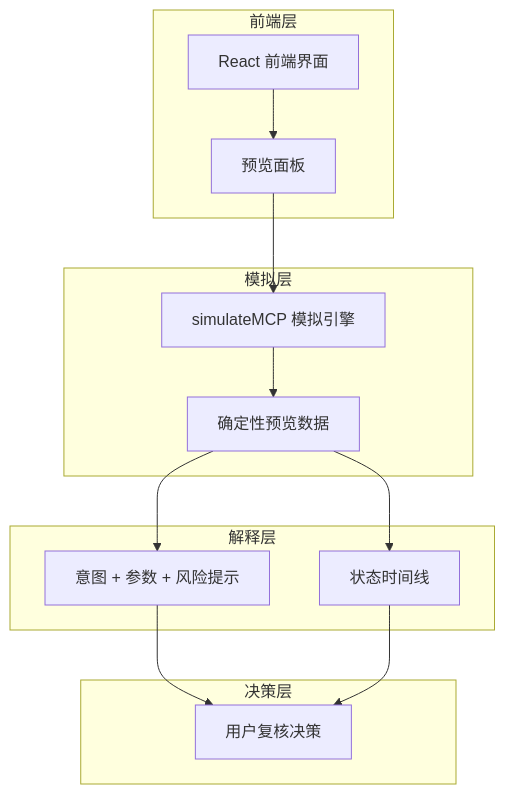
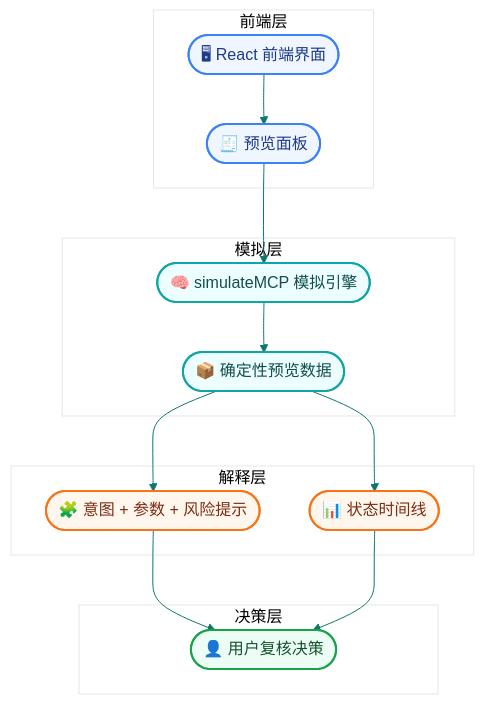
Before and after one commit to sunshineluyao/Moss-Mcp-Transaction: the eighth of 8 diagrams in README.md, drawn with Mermaid. The commit also changed other lines of this file, not shown here.

Commit message:
docs: apply cohesive visual theme to all mermaid diagrams

````diff
--- a/README.md
+++ b/README.md
@@ -530,23 +667,34 @@
 ```mermaid
+%%{init: {'theme':'base','themeVariables': {'fontFamily':'Trebuchet MS, Segoe UI, sans-serif','primaryColor':'#f0fdfa','primaryBorderColor':'#14b8a6','primaryTextColor':'#0f172a','lineColor':'#0f766e','secondaryColor':'#f8fafc','tertiaryColor':'#ffffff'}}}%%
 flowchart TB
   subgraph L1[前端层]
-    UI[React 前端界面] --> Preview[预览面板]
+    UI([🖥 React 前端界面]) --> Preview([🧾 预览面板])
   end
 
   subgraph L2[模拟层]
-    Engine[simulateMCP 模拟引擎] --> Data[确定性预览数据]
+    Engine([🧠 simulateMCP 模拟引擎]) --> Data([📦 确定性预览数据])
   end
 
   subgraph L3[解释层]
-    Cards[意图 + 参数 + 风险提示]
-    Timeline[状态时间线]
+    Cards([🧩 意图 + 参数 + 风险提示])
+    Timeline([📊 状态时间线])
   end
 
   subgraph L4[决策层]
-    User[用户复核决策]
+    User([👤 用户复核决策])
   end
 
   Preview --> Engine
   Data --> Cards --> User
   Data --> Timeline --> User
+
+  classDef frontend fill:#eff6ff,stroke:#3b82f6,stroke-width:2px,color:#1e3a8a;
+  classDef sim fill:#ecfeff,stroke:#0ea5a4,stroke-width:2px,color:#134e4a;
+  classDef explain fill:#fff7ed,stroke:#f97316,stroke-width:2px,color:#7c2d12;
+  classDef decision fill:#ecfdf5,stroke:#16a34a,stroke-width:2px,color:#14532d;
+
+  class UI,Preview frontend;
+  class Engine,Data sim;
+  class Cards,Timeline explain;
+  class User decision;
 ```
````
